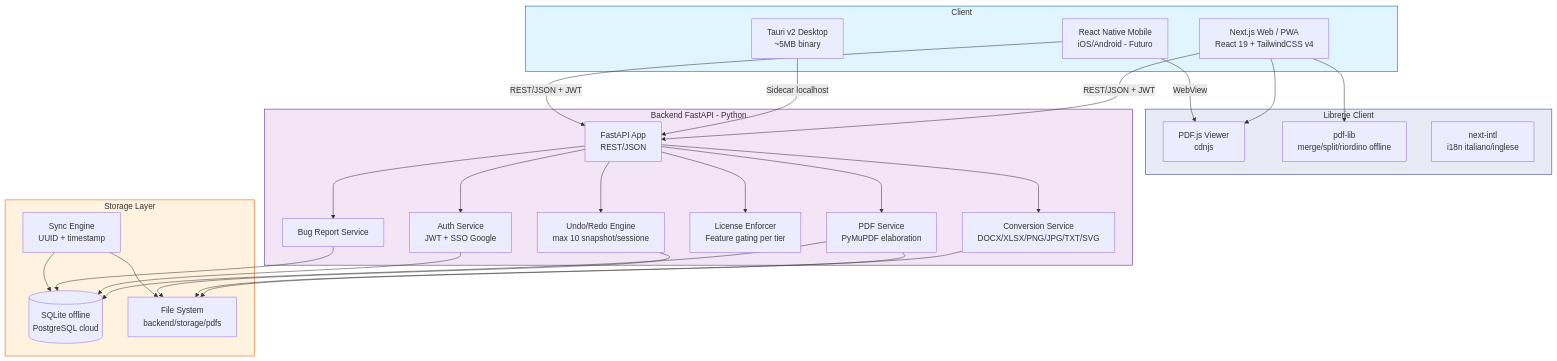
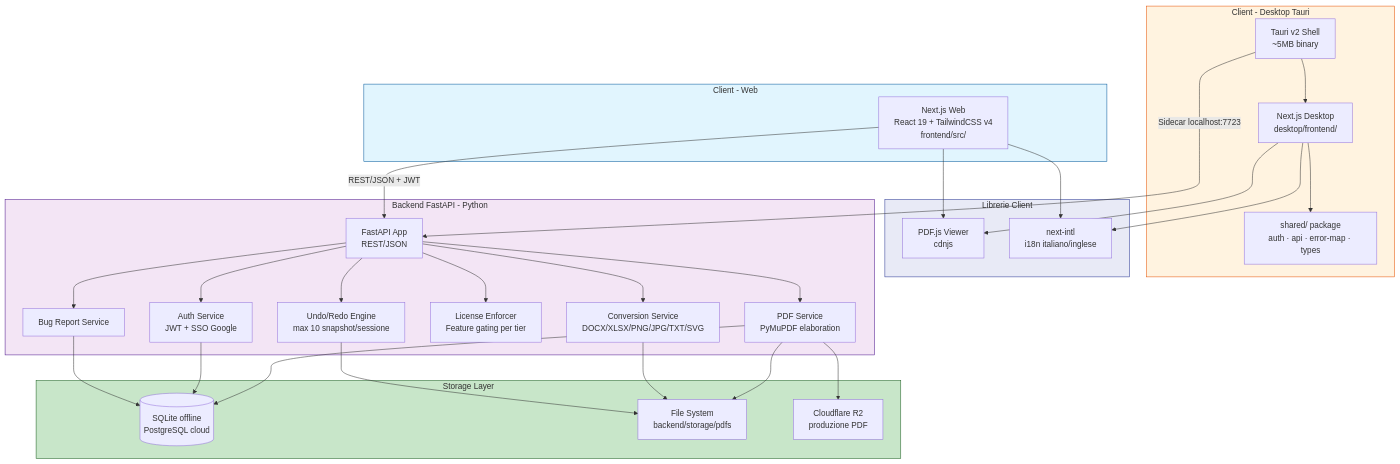
The diagram in architecture.mmd (mirkobechini/pdfEditor), drawn with Mermaid before and after one commit. The commit also changed 3 other files, not shown here.

Commit message:
docs: add plan for separate desktop frontend and update architecture documentation

```diff
--- a/architecture.mmd
+++ b/architecture.mmd
@@ -1,57 +1,62 @@
 graph TD
-    subgraph Client
-        NEXT[Next.js Web / PWA<br/>React 19 + TailwindCSS v4]
-        TAURI[Tauri v2 Desktop<br/>~5MB binary]
-        RN[React Native Mobile<br/>iOS/Android - Futuro]
+    subgraph Client[Client - Web]
+        NEXT[Next.js Web<br/>React 19 + TailwindCSS v4<br/>frontend/src/]
+    end
+
+    subgraph Client_Desktop[Client - Desktop Tauri]
+        DESKTOP_FE[Next.js Desktop<br/>desktop/frontend/]
+        SHARED[shared/ package<br/>auth · api · error-map · types]
+        TAURI[Tauri v2 Shell<br/>~5MB binary]
     end
 
     subgraph Client_Libs[Librerie Client]
         PDFJS[PDF.js Viewer<br/>cdnjs]
-        PDFLIB[pdf-lib<br/>merge/split/riordino offline]
         NEXT_INTL[next-intl<br/>i18n italiano/inglese]
     end
 
     subgraph Backend[Backend FastAPI - Python]
         API[FastAPI App<br/>REST/JSON]
         AUTH[Auth Service<br/>JWT + SSO Google]
         PDF_SVC[PDF Service<br/>PyMuPDF elaboration]
         CONV[Conversion Service<br/>DOCX/XLSX/PNG/JPG/TXT/SVG]
         LIC[License Enforcer<br/>Feature gating per tier]
         BUG[Bug Report Service]
         UNDO[Undo/Redo Engine<br/>max 10 snapshot/sessione]
     end
 
     subgraph Storage[Storage Layer]
         DB[(SQLite offline<br/>PostgreSQL cloud)]
         FS[File System<br/>backend/storage/pdfs]
-        AL[Sync Engine<br/>UUID + timestamp]
+        S3[Cloudflare R2<br/>produzione PDF]
     end
 
     NEXT -->|REST/JSON + JWT| API
-    TAURI -->|Sidecar localhost| API
-    RN -->|REST/JSON + JWT| API
+    DESKTOP_FE --> SHARED
+    DESKTOP_FE --> PDFJS
+    DESKTOP_FE --> NEXT_INTL
+    TAURI --> DESKTOP_FE
+    TAURI -->|Sidecar localhost:7723| API
 
     NEXT --> PDFJS
-    NEXT --> PDFLIB
-    RN -->|WebView| PDFJS
+    NEXT --> NEXT_INTL
 
     API --> AUTH
     API --> PDF_SVC
     API --> CONV
     API --> LIC
     API --> BUG
     API --> UNDO
 
     PDF_SVC --> DB
     PDF_SVC --> FS
+    PDF_SVC --> S3
     AUTH --> DB
     CONV --> FS
     BUG --> DB
     UNDO --> FS
-    AL --> DB
-    AL --> FS
 
     style Client fill:#e1f5fe,stroke:#01579b
+    style Client_Desktop fill:#fff3e0,stroke:#e65100
     style Client_Libs fill:#e8eaf6,stroke:#283593
     style Backend fill:#f3e5f5,stroke:#4a148c
-    style Storage fill:#fff3e0,stroke:#e65100
+    style Storage fill:#c8e6c9,stroke:#1b5e20
```
